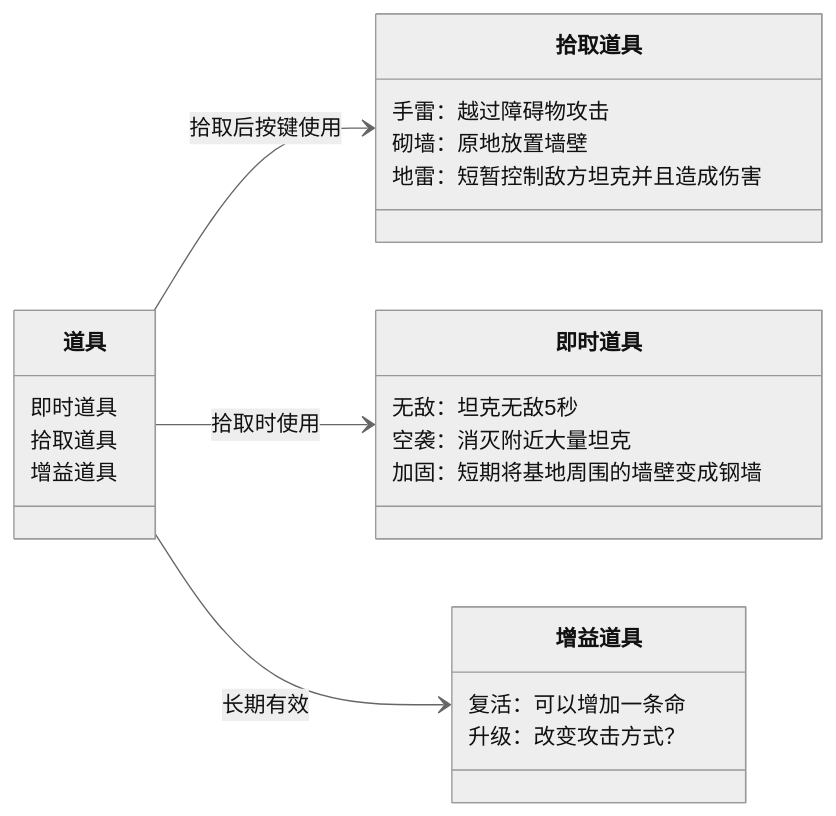
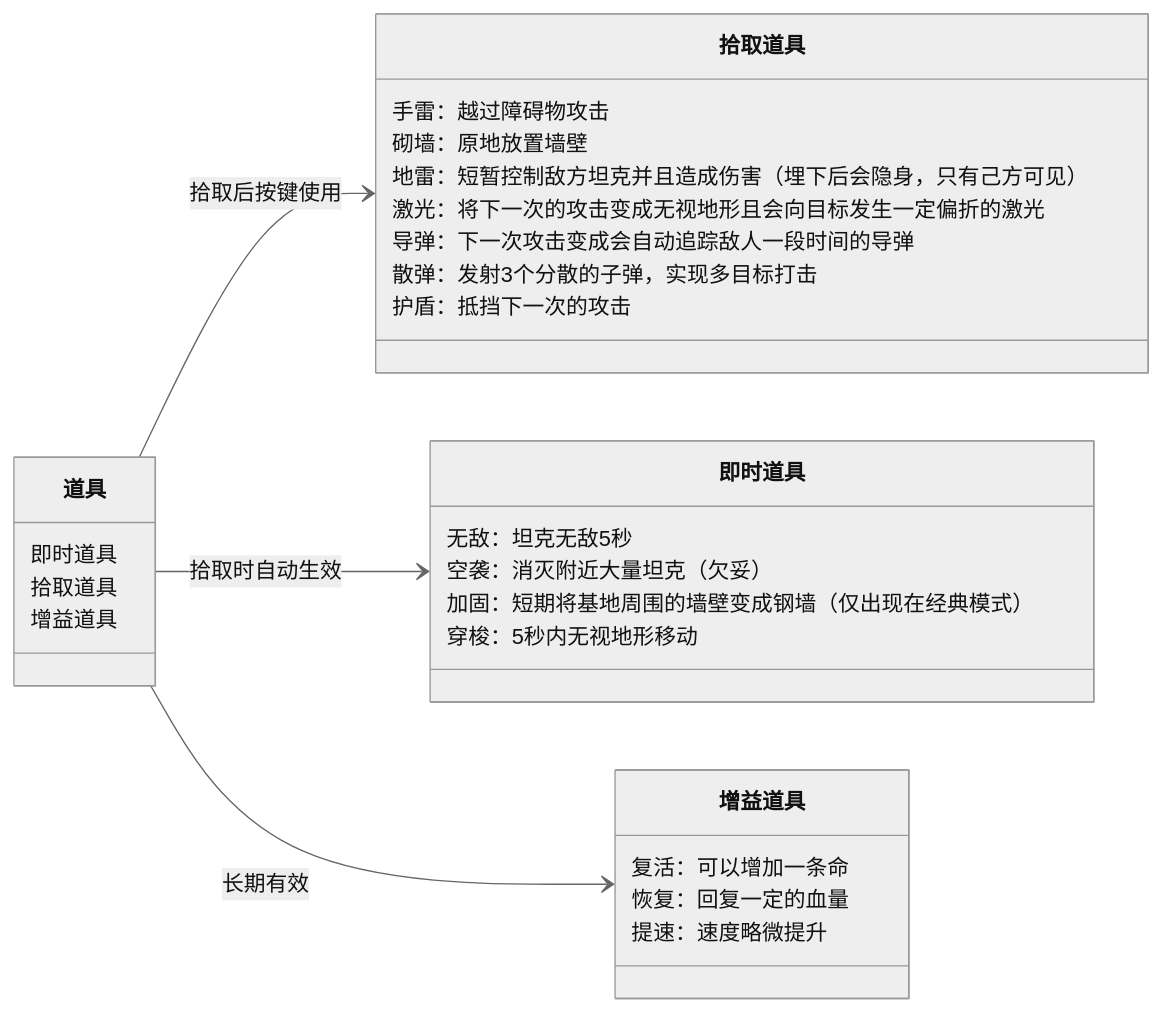
Before and after one commit to bjhh2005/tank_fire: the diagram in 设计方案/道具/道具汇总.md, drawn with Mermaid (neutral theme). The commit also changed other lines of this file and 11 other files, not shown here.

````diff
--- a/设计方案/道具/道具汇总.md
+++ b/设计方案/道具/道具汇总.md
@@ -5,29 +5,34 @@
 ```mermaid
 classDiagram
     direction LR
     class 道具 {
         即时道具
         拾取道具
         增益道具
     }
     class 拾取道具 {
         手雷：越过障碍物攻击
         砌墙：原地放置墙壁
-        地雷：短暂控制敌方坦克并且造成伤害
-        
+        地雷：短暂控制敌方坦克并且造成伤害（埋下后会隐身，只有己方可见）
+        激光：将下一次的攻击变成无视地形且会向目标发生一定偏折的激光
+        导弹：下一次攻击变成会自动追踪敌人一段时间的导弹
+        散弹：发射3个分散的子弹，实现多目标打击
+        护盾：抵挡下一次的攻击
     }
 
     class 即时道具 {
         无敌：坦克无敌5秒
-        空袭：消灭附近大量坦克
-        加固：短期将基地周围的墙壁变成钢墙
+        空袭：消灭附近大量坦克（欠妥）
+        加固：短期将基地周围的墙壁变成钢墙（仅出现在经典模式）
+        穿梭：5秒内无视地形移动
     }
 
     class 增益道具{
         复活：可以增加一条命
-        升级：改变攻击方式？
+        恢复：回复一定的血量
+        提速：速度略微提升
     }
     道具-->  拾取道具 : 拾取后按键使用
-    道具 --> 即时道具 : 拾取时使用
+    道具 --> 即时道具 : 拾取时自动生效
     道具 --> 增益道具 : 长期有效
 ```
````
